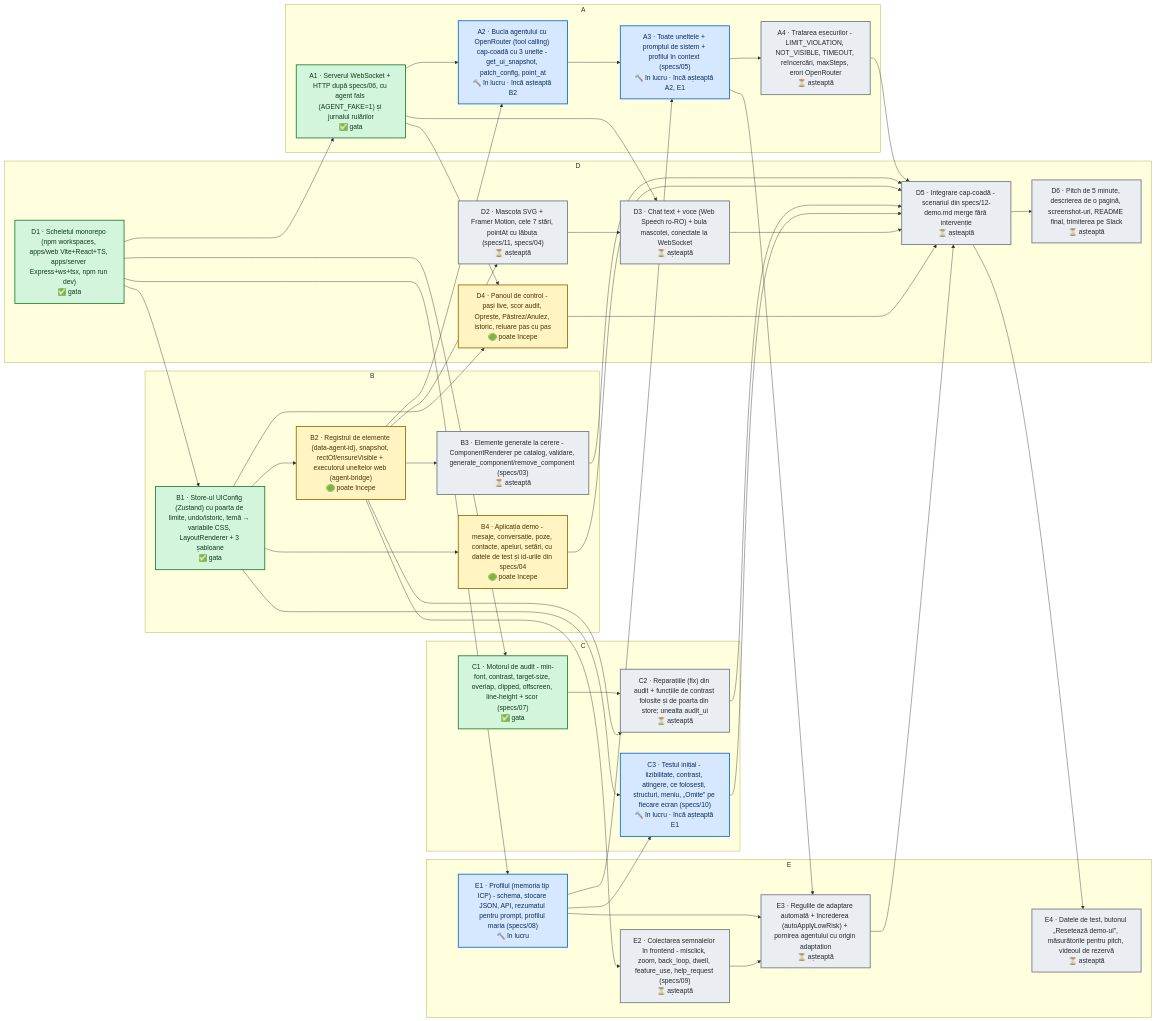
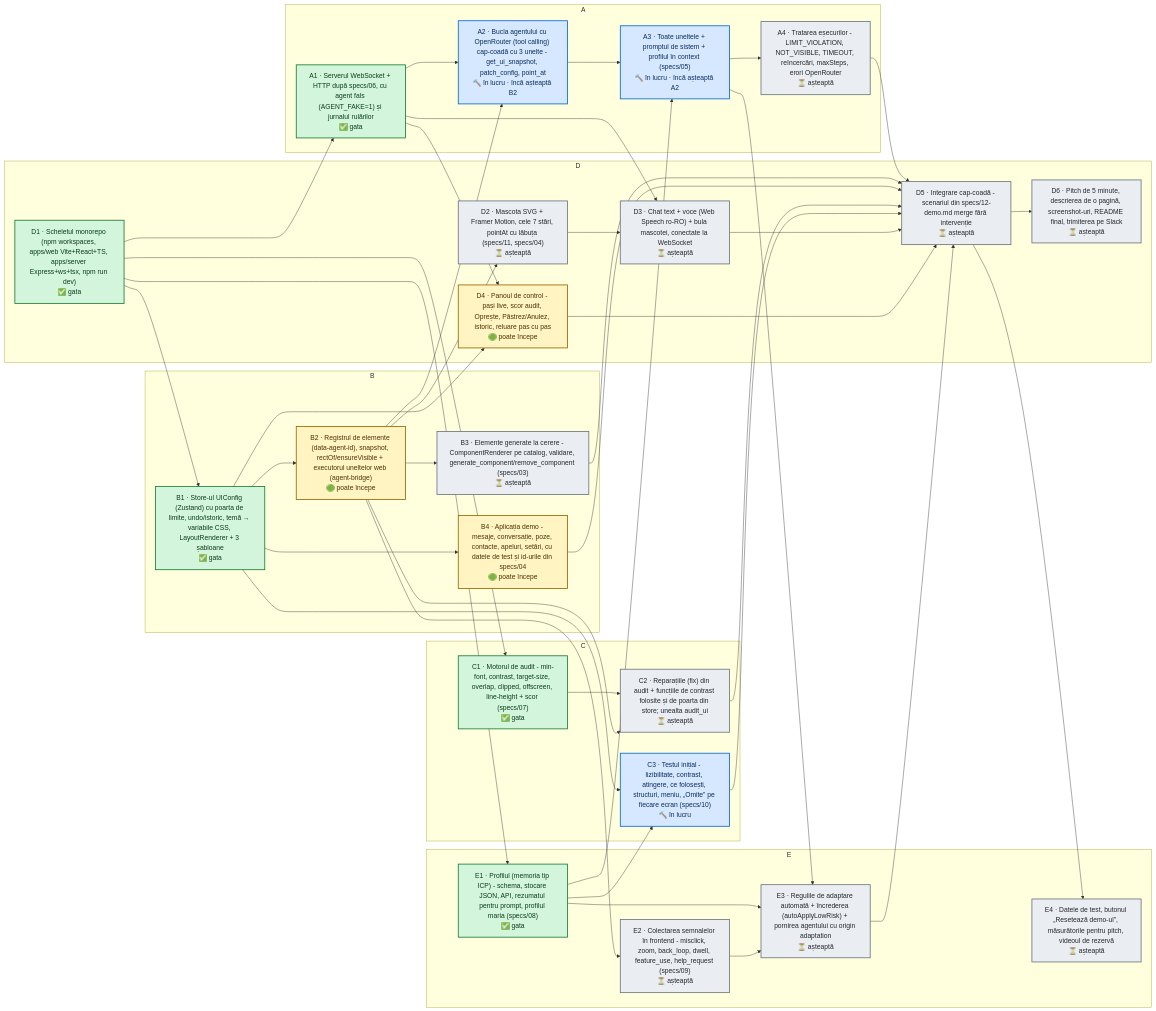
One commit to 06cezar/UiShapeshifter changed the diagram in DAG.md. Above: the diagram before and after it, drawn with Mermaid. The commit also changed other lines of this file and 1 other file, not shown here.

Commit message:
dag: update [skip ci]

````diff
--- a/DAG.md
+++ b/DAG.md
@@ -8,78 +8,78 @@
 ```mermaid
 flowchart LR
   subgraph t_owner_A["A"]
     t_A1["A1 · Serverul WebSocket + HTTP după specs/06, cu agent fals (AGENT_FAKE=1) și jurnalul rulărilor<br/>✅ gata"]
     t_A2["A2 · Bucla agentului cu OpenRouter (tool calling) cap-coadă cu 3 unelte - get_ui_snapshot, patch_config, point_at<br/>🔨 în lucru · încă așteaptă B2"]
-    t_A3["A3 · Toate uneltele + promptul de sistem + profilul în context (specs/05)<br/>🔨 în lucru · încă așteaptă A2, E1"]
+    t_A3["A3 · Toate uneltele + promptul de sistem + profilul în context (specs/05)<br/>🔨 în lucru · încă așteaptă A2"]
     t_A4["A4 · Tratarea eșecurilor - LIMIT_VIOLATION, NOT_VISIBLE, TIMEOUT, reîncercări, maxSteps, erori OpenRouter<br/>⏳ așteaptă"]
   end
   subgraph t_owner_B["B"]
     t_B1["B1 · Store-ul UIConfig (Zustand) cu poarta de limite, undo/istoric, temă → variabile CSS, LayoutRenderer + 3 șabloane<br/>✅ gata"]
     t_B2["B2 · Registrul de elemente (data-agent-id), snapshot, rectOf/ensureVisible + executorul uneltelor web (agent-bridge)<br/>🟢 poate începe"]
     t_B3["B3 · Elemente generate la cerere - ComponentRenderer pe catalog, validare, generate_component/remove_component (specs/03)<br/>⏳ așteaptă"]
     t_B4["B4 · Aplicația demo - mesaje, conversație, poze, contacte, apeluri, setări, cu datele de test și id-urile din specs/04<br/>🟢 poate începe"]
   end
   subgraph t_owner_C["C"]
     t_C1["C1 · Motorul de audit - min-font, contrast, target-size, overlap, clipped, offscreen, line-height + scor (specs/07)<br/>✅ gata"]
     t_C2["C2 · Reparațiile (fix) din audit + funcțiile de contrast folosite și de poarta din store; unealta audit_ui<br/>⏳ așteaptă"]
-    t_C3["C3 · Testul inițial - lizibilitate, contrast, atingere, ce folosești, structuri, meniu, „Omite” pe fiecare ecran (specs/10)<br/>🔨 în lucru · încă așteaptă E1"]
+    t_C3["C3 · Testul inițial - lizibilitate, contrast, atingere, ce folosești, structuri, meniu, „Omite” pe fiecare ecran (specs/10)<br/>🔨 în lucru"]
   end
   subgraph t_owner_D["D"]
     t_D1["D1 · Scheletul monorepo (npm workspaces, apps/web Vite+React+TS, apps/server Express+ws+tsx, npm run dev)<br/>✅ gata"]
     t_D2["D2 · Mascota SVG + Framer Motion, cele 7 stări, pointAt cu lăbuța (specs/11, specs/04)<br/>⏳ așteaptă"]
     t_D3["D3 · Chat text + voce (Web Speech ro-RO) + bula mascotei, conectate la WebSocket<br/>⏳ așteaptă"]
     t_D4["D4 · Panoul de control - pași live, scor audit, Oprește, Păstrez/Anulez, istoric, reluare pas cu pas<br/>🟢 poate începe"]
     t_D5["D5 · Integrare cap-coadă - scenariul din specs/12-demo.md merge fără intervenție<br/>⏳ așteaptă"]
     t_D6["D6 · Pitch de 5 minute, descrierea de o pagină, screenshot-uri, README final, trimiterea pe Slack<br/>⏳ așteaptă"]
   end
   subgraph t_owner_E["E"]
-    t_E1["E1 · Profilul (memoria tip ICP) - schema, stocare JSON, API, rezumatul pentru prompt, profilul maria (specs/08)<br/>🔨 în lucru"]
+    t_E1["E1 · Profilul (memoria tip ICP) - schema, stocare JSON, API, rezumatul pentru prompt, profilul maria (specs/08)<br/>✅ gata"]
     t_E2["E2 · Colectarea semnalelor în frontend - misclick, zoom, back_loop, dwell, feature_use, help_request (specs/09)<br/>⏳ așteaptă"]
     t_E3["E3 · Regulile de adaptare automată + încrederea (autoApplyLowRisk) + pornirea agentului cu origin adaptation<br/>⏳ așteaptă"]
     t_E4["E4 · Datele de test, butonul „Resetează demo-ul”, măsurătorile pentru pitch, videoul de rezervă<br/>⏳ așteaptă"]
   end
   t_B2 --> t_D2
   t_A1 --> t_D3
   t_D2 --> t_D3
   t_A1 --> t_D4
   t_B1 --> t_D4
   t_A4 --> t_D5
   t_B3 --> t_D5
   t_B4 --> t_D5
   t_C2 --> t_D5
   t_C3 --> t_D5
   t_D3 --> t_D5
   t_D4 --> t_D5
   t_E3 --> t_D5
   t_D5 --> t_D6
   t_D1 --> t_A1
   t_A1 --> t_A2
   t_B2 --> t_A2
   t_A2 --> t_A3
   t_E1 --> t_A3
   t_A3 --> t_A4
   t_D1 --> t_B1
   t_B1 --> t_B2
   t_B2 --> t_B3
   t_B1 --> t_B4
   t_D1 --> t_C1
   t_C1 --> t_C2
   t_B2 --> t_C2
   t_B1 --> t_C3
   t_E1 --> t_C3
   t_D1 --> t_E1
   t_B2 --> t_E2
   t_E1 --> t_E3
   t_E2 --> t_E3
   t_A3 --> t_E3
   t_D5 --> t_E4
   classDef done fill:#d3f5dc,stroke:#1a7f37,color:#0b3d1a,stroke-width:2px
   classDef progress fill:#d6e8ff,stroke:#0969da,color:#0a2d5c,stroke-width:2px
   classDef ready fill:#fff4c2,stroke:#9a6700,color:#4d3300,stroke-width:2px
   classDef wait fill:#eaeef2,stroke:#6e7781,color:#24292f,stroke-width:2px
   classDef blocked fill:#ffd8d3,stroke:#cf222e,color:#5c0b10,stroke-width:2px
-  class t_D1,t_A1,t_B1,t_C1 done
-  class t_A2,t_A3,t_C3,t_E1 progress
+  class t_D1,t_A1,t_B1,t_C1,t_E1 done
+  class t_A2,t_A3,t_C3 progress
   class t_D4,t_B2,t_B4 ready
   class t_D2,t_D3,t_D5,t_D6,t_A4,t_B3,t_C2,t_E2,t_E3,t_E4 wait
 ```
````
